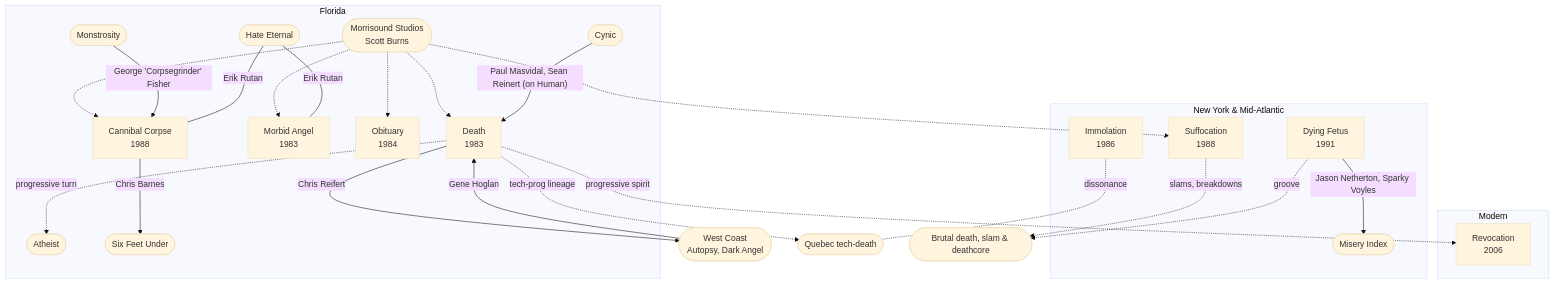
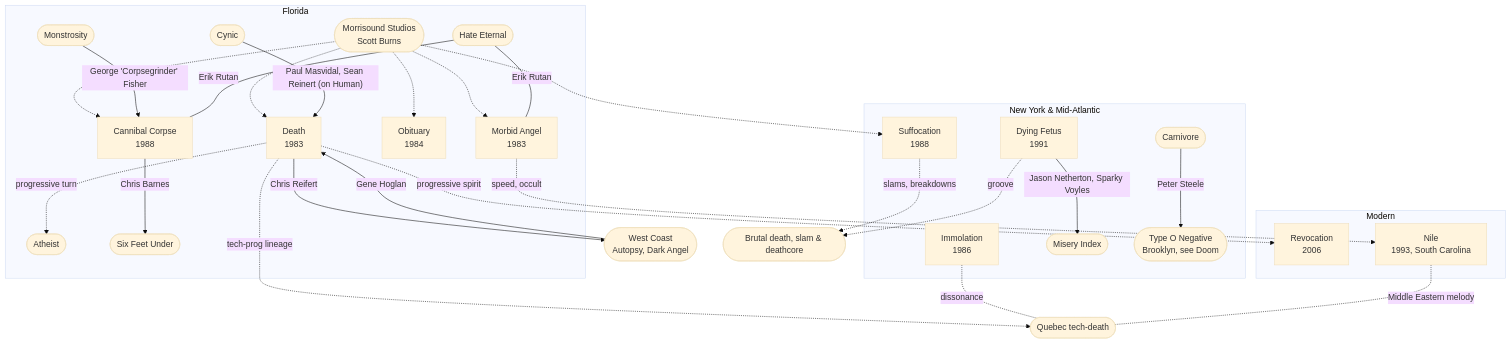
The diagram in east-coast/connections.md (zrrbite/music-scenes), drawn with Mermaid (base theme) before and after one commit. The commit also changed 66 other files, not shown here.

````diff
--- a/east-coast/connections.md
+++ b/east-coast/connections.md
@@ -9,47 +9,53 @@
 ```mermaid
 flowchart TD
     subgraph FL["Florida"]
         MS(["Morrisound Studios<br/>Scott Burns"])
         DEATH["Death<br/>1983"]
         MA["Morbid Angel<br/>1983"]
         OBIT["Obituary<br/>1984"]
         CC["Cannibal Corpse<br/>1988"]
         CYN(["Cynic"])
         ATH(["Atheist"])
         SFU(["Six Feet Under"])
         MON(["Monstrosity"])
         HE(["Hate Eternal"])
     end
     subgraph NY["New York & Mid-Atlantic"]
         SUF["Suffocation<br/>1988"]
         IMM["Immolation<br/>1986"]
         DF["Dying Fetus<br/>1991"]
         MI(["Misery Index"])
+        TON(["Type O Negative<br/>Brooklyn, see Doom"])
+        CARN(["Carnivore"])
     end
     subgraph MOD["Modern"]
         REV["Revocation<br/>2006"]
+        NILE["Nile<br/>1993, South Carolina"]
     end
     WC(["West Coast<br/>Autopsy, Dark Angel"])
     QC(["Quebec tech-death"])
     BD(["Brutal death, slam & deathcore"])
 
     MS -.-> DEATH
     MS -.-> MA
     MS -.-> OBIT
     MS -.-> CC
     MS -.-> SUF
     CYN -- "Paul Masvidal, Sean Reinert (on Human)" --> DEATH
     DEATH -- "Chris Reifert" --> WC
     WC -- "Gene Hoglan" --> DEATH
     CC -- "Chris Barnes" --> SFU
     MON -- "George 'Corpsegrinder' Fisher" --> CC
     HE -- "Erik Rutan" --- MA
     HE -- "Erik Rutan" --- CC
     DF -- "Jason Netherton, Sparky Voyles" --> MI
     DEATH -. "progressive turn" .-> ATH
     DEATH -. "progressive spirit" .-> REV
     DEATH -. "tech-prog lineage" .-> QC
     IMM -. "dissonance" .- QC
     SUF -. "slams, breakdowns" .-> BD
     DF -. "groove" .-> BD
+    CARN -- "Peter Steele" --> TON
+    MA -. "speed, occult" .-> NILE
+    NILE -. "Middle Eastern melody" .- QC
 ```
````
